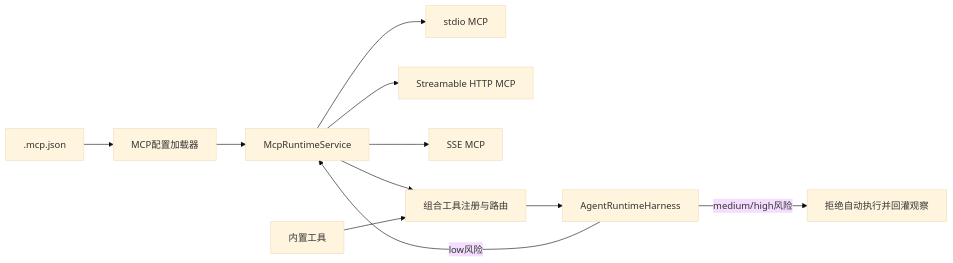
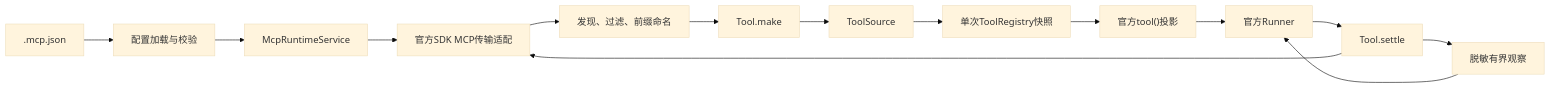
Before and after one commit to Yemomo511/ye-kitty: the diagram in design-docs/Agent/mcp-runtime.md, drawn with Mermaid (base theme). The commit also changed other lines of this file and 79 other files, not shown here.

````diff
--- a/design-docs/Agent/mcp-runtime.md
+++ b/design-docs/Agent/mcp-runtime.md
@@ -32,13 +27,16 @@
 ```mermaid
 flowchart LR
-  Config[".mcp.json"] --> Loader["MCP配置加载器"]
+  Config[".mcp.json"] --> Loader["配置加载与校验"]
   Loader --> Runtime["McpRuntimeService"]
-  Runtime --> Stdio["stdio MCP"]
-  Runtime --> Http["Streamable HTTP MCP"]
-  Runtime --> Sse["SSE MCP"]
-  Runtime --> Composite["组合工具注册与路由"]
-  Builtin["内置工具"] --> Composite
-  Composite --> Harness["AgentRuntimeHarness"]
-  Harness -->|low风险| Runtime
-  Harness -->|medium/high风险| Review["拒绝自动执行并回灌观察"]
+  Runtime --> Client["官方SDK MCP传输适配"]
+  Client --> Discover["发现、过滤、前缀命名"]
+  Discover --> Make["Tool.make"]
+  Make --> Source["ToolSource"]
+  Source --> Registry["单次ToolRegistry快照"]
+  Registry --> FunctionTool["官方tool()投影"]
+  FunctionTool --> Runner["官方Runner"]
+  Runner --> Settle["Tool.settle"]
+  Settle --> Client
+  Settle --> Output["脱敏有界观察"]
+  Output --> Runner
 ```
````
